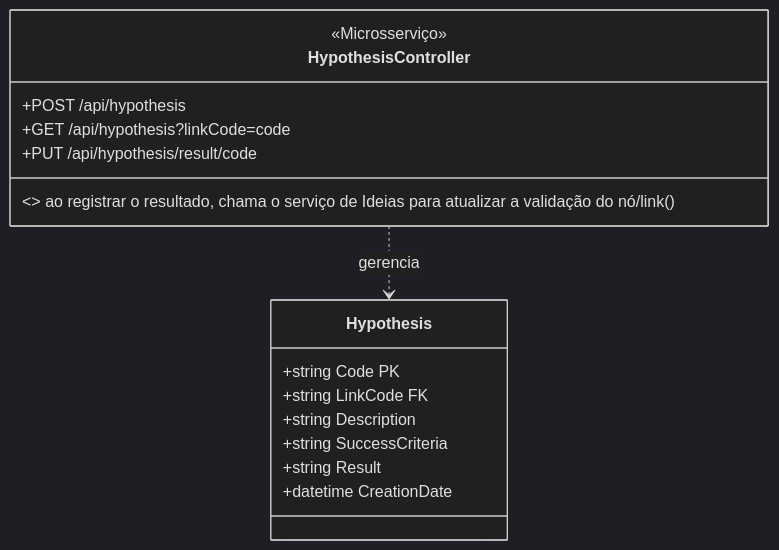
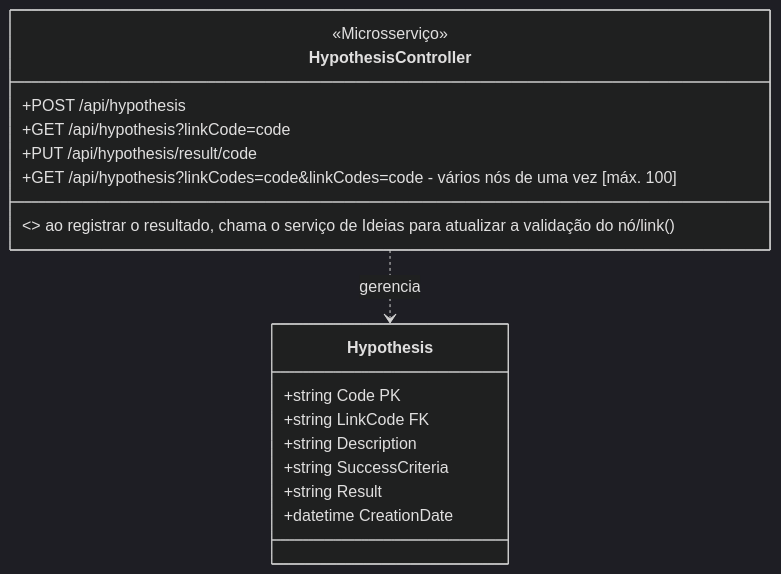
Before and after one commit to thales-vaz-sousa/Branchstorm: the fifth of 8 diagrams in README.md, drawn with Mermaid (dark theme). The commit also changed other lines of this file, not shown here.

````diff
--- a/README.md
+++ b/README.md
@@ -198,21 +198,22 @@
 ```mermaid
 classDiagram
     class HypothesisController {
         <<Microsserviço>>
         +POST /api/hypothesis
         +GET /api/hypothesis?linkCode=code
         +PUT /api/hypothesis/result/code
+        +GET /api/hypothesis?linkCodes=code&linkCodes=code - vários nós de uma vez [máx. 100]
         <<Integração>> ao registrar o resultado, chama o serviço de Ideias para atualizar a validação do nó/link()
     }
 
     class Hypothesis {
         +string Code PK
         +string LinkCode FK
         +string Description
         +string SuccessCriteria
         +string Result
         +datetime CreationDate
     }
 
     HypothesisController ..> Hypothesis : gerencia
 ```
````
